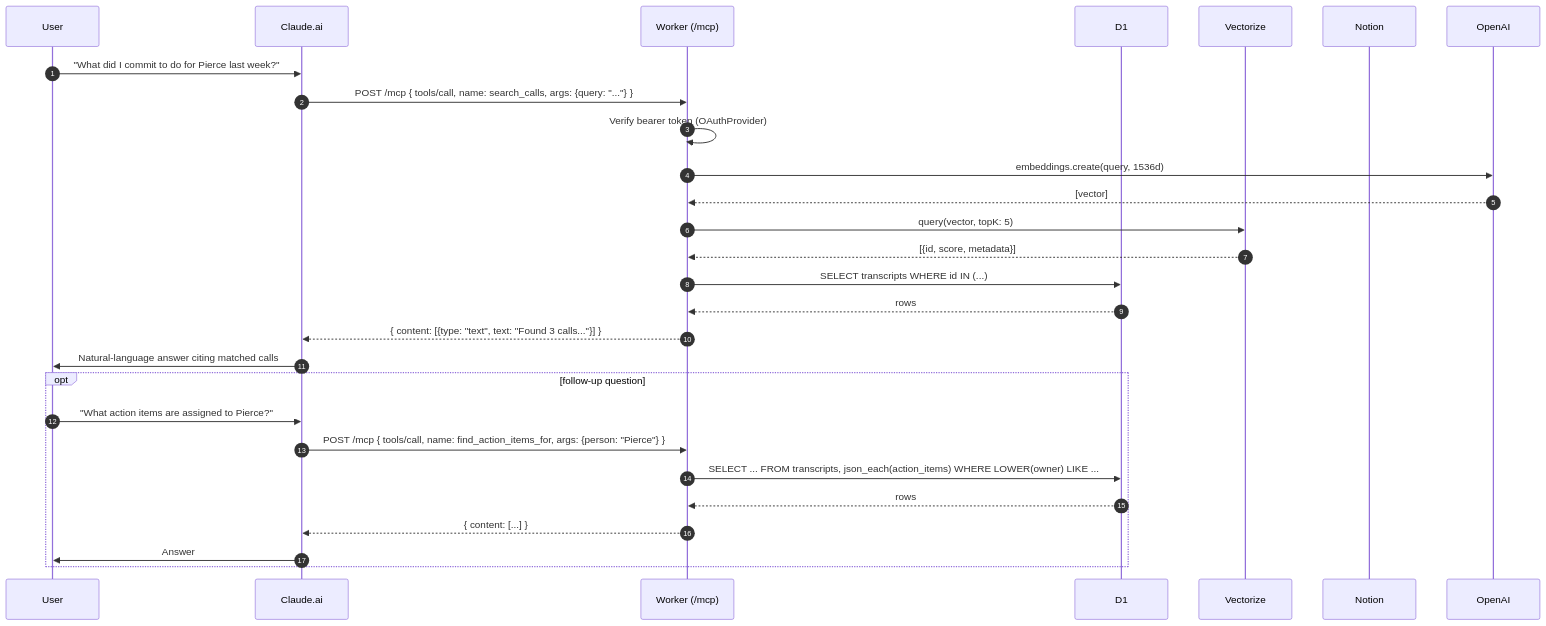
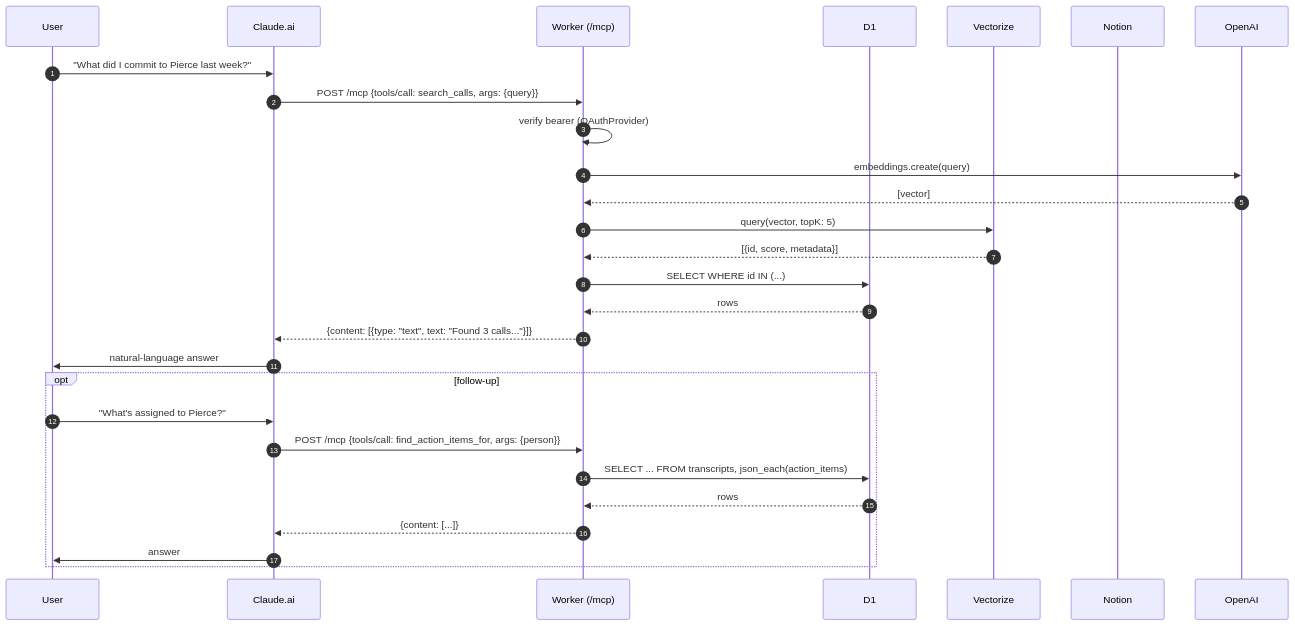
The fourth of 4 diagrams in docs/architecture.md (jchu96/bluedot-rag), drawn with Mermaid before and after one commit. The commit also changed other lines of this file and 2 other files, not shown here.

First line of the commit message:
docs: rewrite README and docs/architecture.md for clarity

````diff
--- a/docs/architecture.md
+++ b/docs/architecture.md
@@ -112,32 +233,32 @@
 ```mermaid
 sequenceDiagram
     autonumber
     participant U as User
     participant C as Claude.ai
     participant W as Worker (/mcp)
     participant D as D1
     participant V as Vectorize
     participant N as Notion
     participant O as OpenAI
 
-    U->>C: "What did I commit to do for Pierce last week?"
-    C->>W: POST /mcp { tools/call, name: search_calls, args: {query: "..."} }
-    W->>W: Verify bearer token (OAuthProvider)
-    W->>O: embeddings.create(query, 1536d)
+    U->>C: "What did I commit to Pierce last week?"
+    C->>W: POST /mcp {tools/call: search_calls, args: {query}}
+    W->>W: verify bearer (OAuthProvider)
+    W->>O: embeddings.create(query)
     O-->>W: [vector]
     W->>V: query(vector, topK: 5)
     V-->>W: [{id, score, metadata}]
-    W->>D: SELECT transcripts WHERE id IN (...)
+    W->>D: SELECT WHERE id IN (...)
     D-->>W: rows
-    W-->>C: { content: [{type: "text", text: "Found 3 calls..."}] }
-    C->>U: Natural-language answer citing matched calls
+    W-->>C: {content: [{type: "text", text: "Found 3 calls..."}]}
+    C->>U: natural-language answer
 
-    opt follow-up question
-        U->>C: "What action items are assigned to Pierce?"
-        C->>W: POST /mcp { tools/call, name: find_action_items_for, args: {person: "Pierce"} }
-        W->>D: SELECT ... FROM transcripts, json_each(action_items) WHERE LOWER(owner) LIKE ...
+    opt follow-up
+        U->>C: "What's assigned to Pierce?"
+        C->>W: POST /mcp {tools/call: find_action_items_for, args: {person}}
+        W->>D: SELECT ... FROM transcripts, json_each(action_items)
         D-->>W: rows
-        W-->>C: { content: [...] }
-        C->>U: Answer
+        W-->>C: {content: [...]}
+        C->>U: answer
     end
 ```
````
